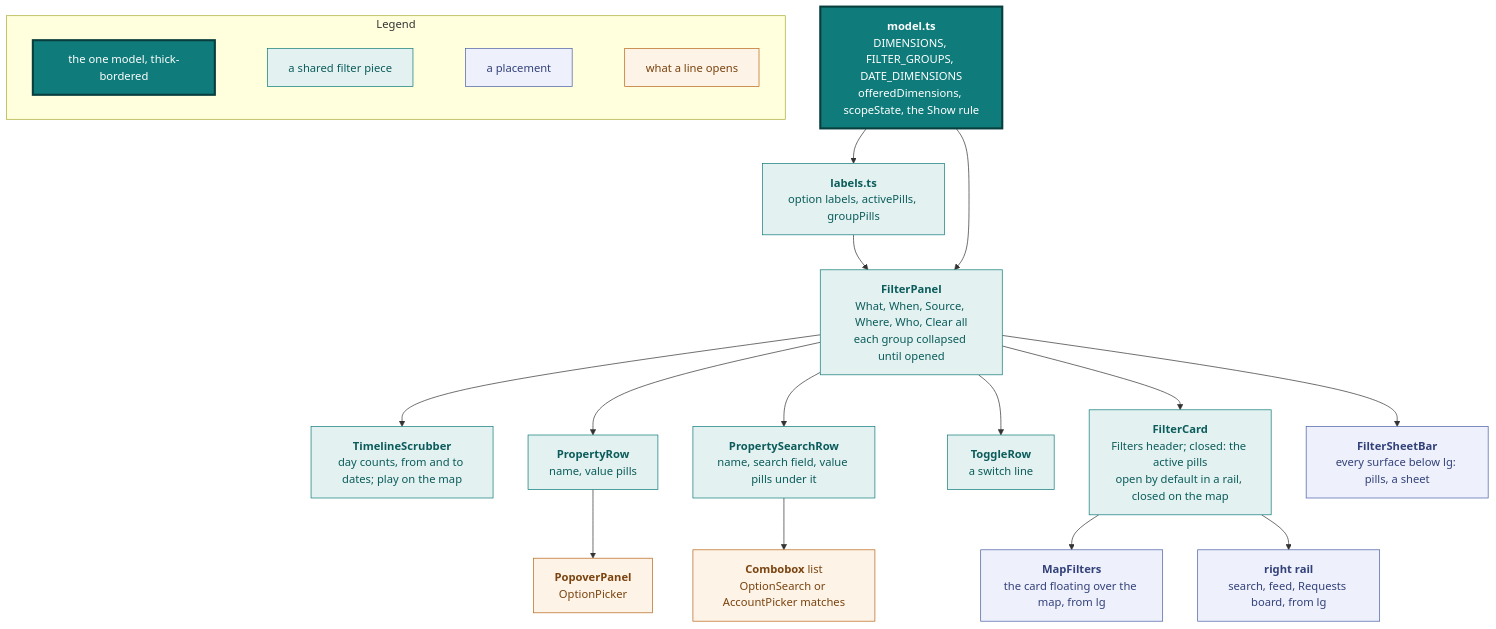
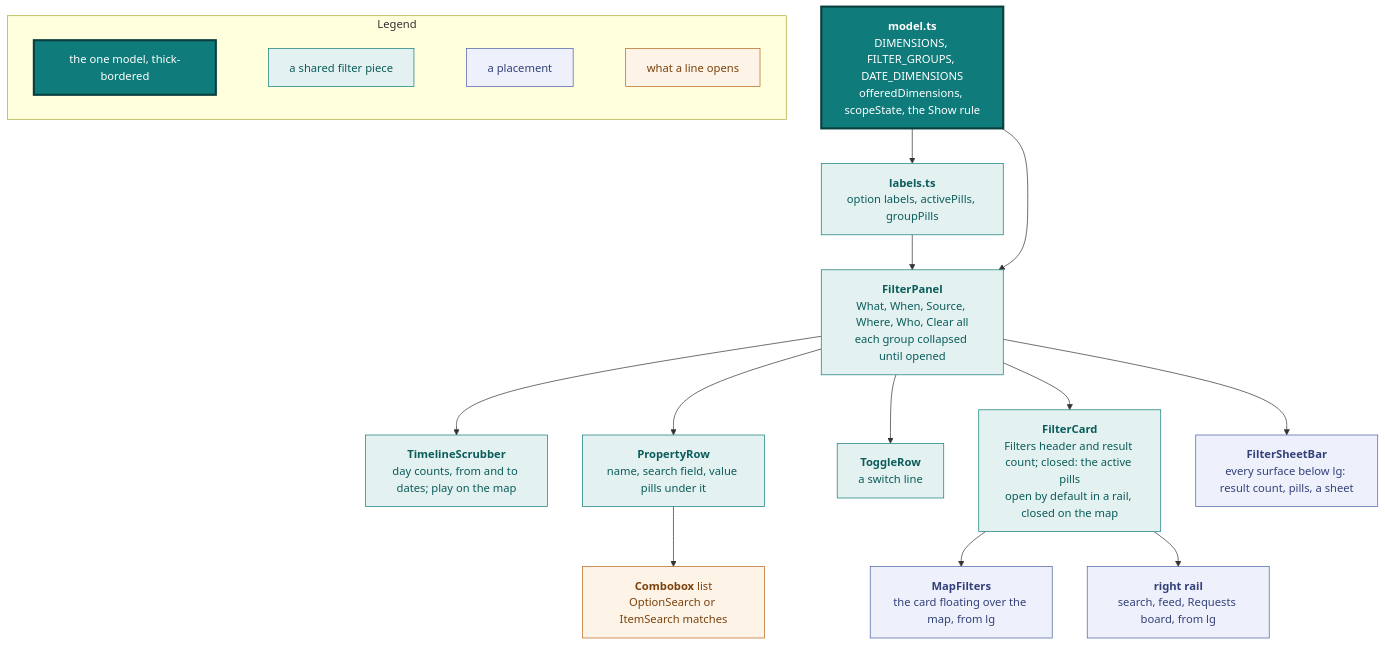
The eighth of 23 diagrams in docs/design.md (vidithq/vidit), drawn with Mermaid before and after one commit. The commit also changed other lines of this file and 227 other files, not shown here.

First line of the commit message:
chore(frontend): one item search, one tag search, palette and audit cleanup (#814)

````diff
--- a/docs/design.md
+++ b/docs/design.md
@@ -759,57 +805,52 @@
 ```mermaid
 flowchart TB
   classDef core fill:#0f7b7a,stroke:#083f3e,stroke-width:3px,color:#ffffff
   classDef shared fill:#e3f2f1,stroke:#0f7b7a,color:#0b5c5b
   classDef page fill:#eef1fb,stroke:#4a5fa5,color:#33417a
   classDef state fill:#fdf3e7,stroke:#b8661a,color:#7a430f
 
   subgraph legend [Legend]
     direction LR
     l1["`the one model, thick-bordered`"]:::core
     l2["`a shared filter piece`"]:::shared
     l3["`a placement`"]:::page
     l4["`what a line opens`"]:::state
     l1 ~~~ l2 ~~~ l3 ~~~ l4
   end
 
   model["`**model.ts**
   DIMENSIONS, FILTER_GROUPS, DATE_DIMENSIONS
   offeredDimensions, scopeState, the Show rule`"]:::core
   labels["`**labels.ts**
   option labels, activePills, groupPills`"]:::shared
   panel["`**FilterPanel**
   What, When, Source, Where, Who, Clear all
   each group collapsed until opened`"]:::shared
   timeline["`**TimelineScrubber**
   day counts, from and to dates; play on the map`"]:::shared
   line["`**PropertyRow**
-  name, value pills`"]:::shared
-  search["`**PropertySearchRow**
   name, search field, value pills under it`"]:::shared
   toggle["`**ToggleRow**
   a switch line`"]:::shared
-  editor["`**PopoverPanel**
-  OptionPicker`"]:::state
   matches["`**Combobox** list
-  OptionSearch or AccountPicker matches`"]:::state
+  OptionSearch or ItemSearch matches`"]:::state
   card["`**FilterCard**
-  Filters header; closed: the active pills
+  Filters header and result count; closed: the active pills
   open by default in a rail, closed on the map`"]:::shared
   map["`**MapFilters**
   the card floating over the map, from lg`"]:::page
   rail["`**right rail**
   search, feed, Requests board, from lg`"]:::page
   phone["`**FilterSheetBar**
-  every surface below lg: pills, a sheet`"]:::page
+  every surface below lg: result count, pills, a sheet`"]:::page
 
   model --> labels --> panel
   model --> panel
   panel --> timeline
-  panel --> line --> editor
-  panel --> search --> matches
+  panel --> line --> matches
   panel --> toggle
   panel --> card
   card --> map
   card --> rail
   panel --> phone
 ```
````
